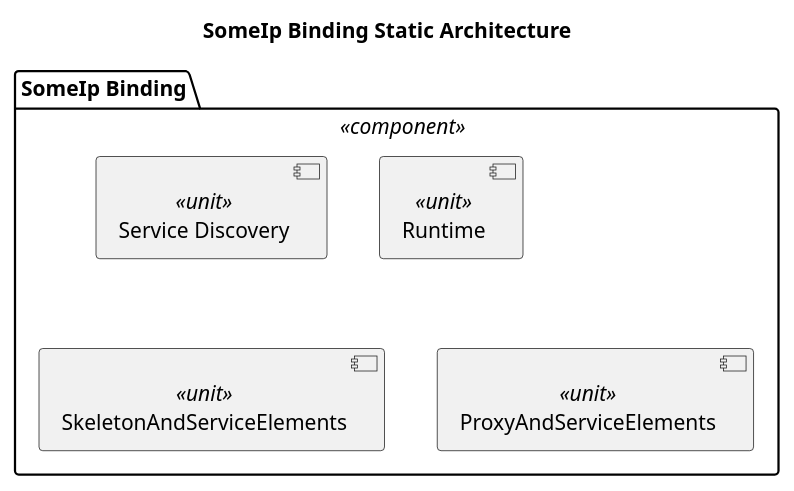
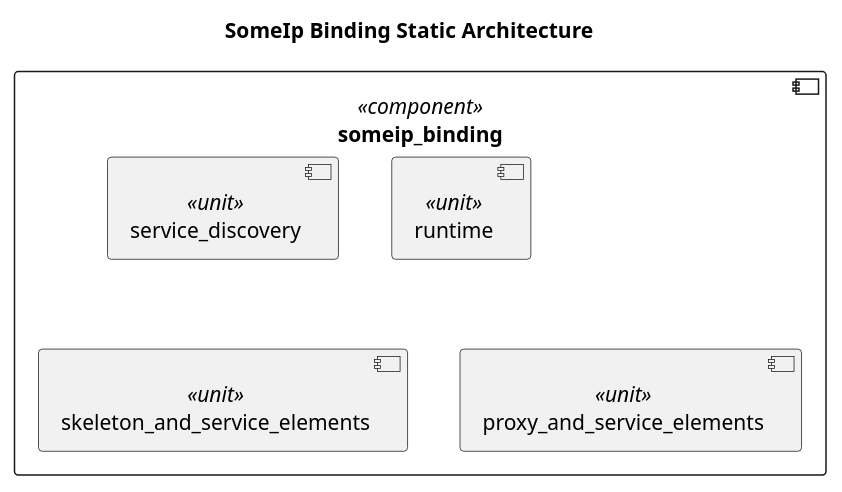
The diagram in score/mw/com/dependability/architectural_design/static_design/someip_binding.puml (eclipse-score/communication), drawn with PlantUML before and after one commit. The commit also changed 25 other files, not shown here.

```diff
--- a/score/mw/com/dependability/architectural_design/static_design/someip_binding.puml
+++ b/score/mw/com/dependability/architectural_design/static_design/someip_binding.puml
@@ -13,13 +13,13 @@
 @startuml safety_sentinel_someip_binding_design
 title "SomeIp Binding Static Architecture"
 
-package "SomeIp Binding" as someip_binding <<component>> {
-  component "Service Discovery" as service_discovery <<unit>> 
-  component "Runtime" as runtime <<unit>> 
+component someip_binding <<component>> {
+  component service_discovery <<unit>> 
+  component runtime <<unit>> 
 
-  component "SkeletonAndServiceElements" as skeleton_and_service_elements <<unit>> 
+  component skeleton_and_service_elements <<unit>> 
   
-  component "ProxyAndServiceElements" as proxy_and_service_elements <<unit>> 
+  component proxy_and_service_elements <<unit>> 
 }
 
 @enduml
```
